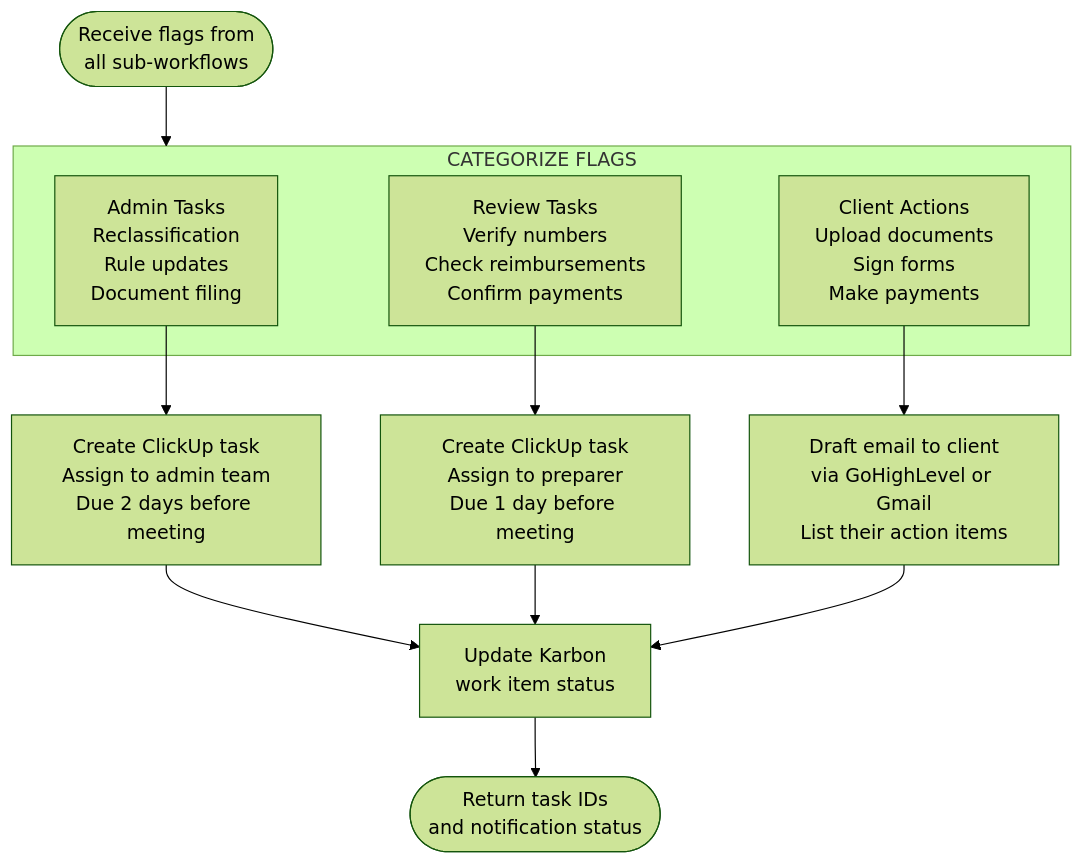
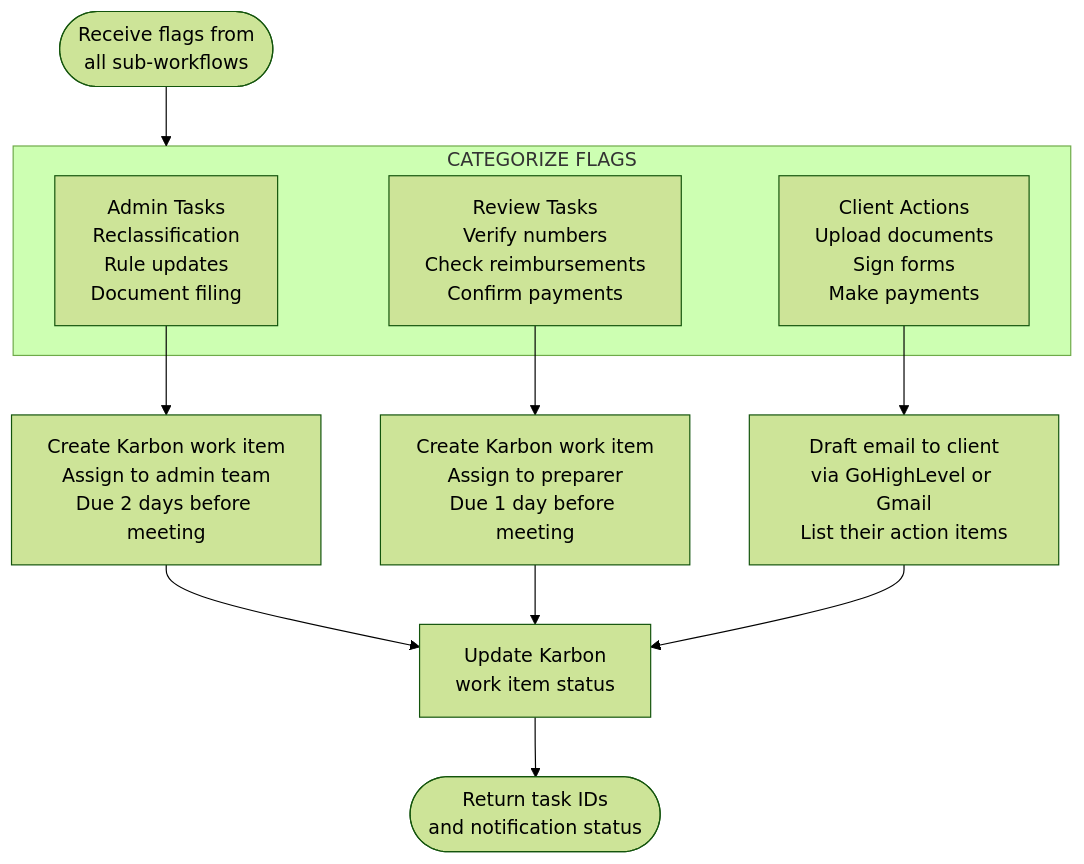
One commit to dkinvestments-art/n8n changed diagram 11 of 20 in docs/quarterly-meeting-automation/05-Comprehensive-Workflow-Documentation.md. Above: the diagram before and after it, drawn with Mermaid (forest theme). The commit also changed other lines of this file, not shown here.

First line of the commit message:
docs: Apply payroll-manual and Karbon task changes to workflow doc

````diff
--- a/docs/quarterly-meeting-automation/05-Comprehensive-Workflow-Documentation.md
+++ b/docs/quarterly-meeting-automation/05-Comprehensive-Workflow-Documentation.md
@@ -604,20 +591,20 @@
 ```mermaid
 flowchart TD
     IN([Receive flags from<br/>all sub-workflows]) --> CATEGORIZE
 
     subgraph CATEGORIZE["CATEGORIZE FLAGS"]
         ADMIN[Admin Tasks<br/>Reclassification<br/>Rule updates<br/>Document filing]
         REVIEW[Review Tasks<br/>Verify numbers<br/>Check reimbursements<br/>Confirm payments]
         CLIENT_A[Client Actions<br/>Upload documents<br/>Sign forms<br/>Make payments]
     end
 
-    ADMIN --> CLICKUP_ADMIN[Create ClickUp task<br/>Assign to admin team<br/>Due 2 days before meeting]
-    REVIEW --> CLICKUP_REVIEW[Create ClickUp task<br/>Assign to preparer<br/>Due 1 day before meeting]
+    ADMIN --> KARBON_ADMIN[Create Karbon work item<br/>Assign to admin team<br/>Due 2 days before meeting]
+    REVIEW --> KARBON_REVIEW[Create Karbon work item<br/>Assign to preparer<br/>Due 1 day before meeting]
     CLIENT_A --> GHL[Draft email to client<br/>via GoHighLevel or Gmail<br/>List their action items]
 
-    CLICKUP_ADMIN --> KARBON_UPDATE[Update Karbon<br/>work item status]
-    CLICKUP_REVIEW --> KARBON_UPDATE
+    KARBON_ADMIN --> KARBON_UPDATE[Update Karbon<br/>work item status]
+    KARBON_REVIEW --> KARBON_UPDATE
     GHL --> KARBON_UPDATE
 
     KARBON_UPDATE --> OUT([Return task IDs<br/>and notification status])
 ```
````
